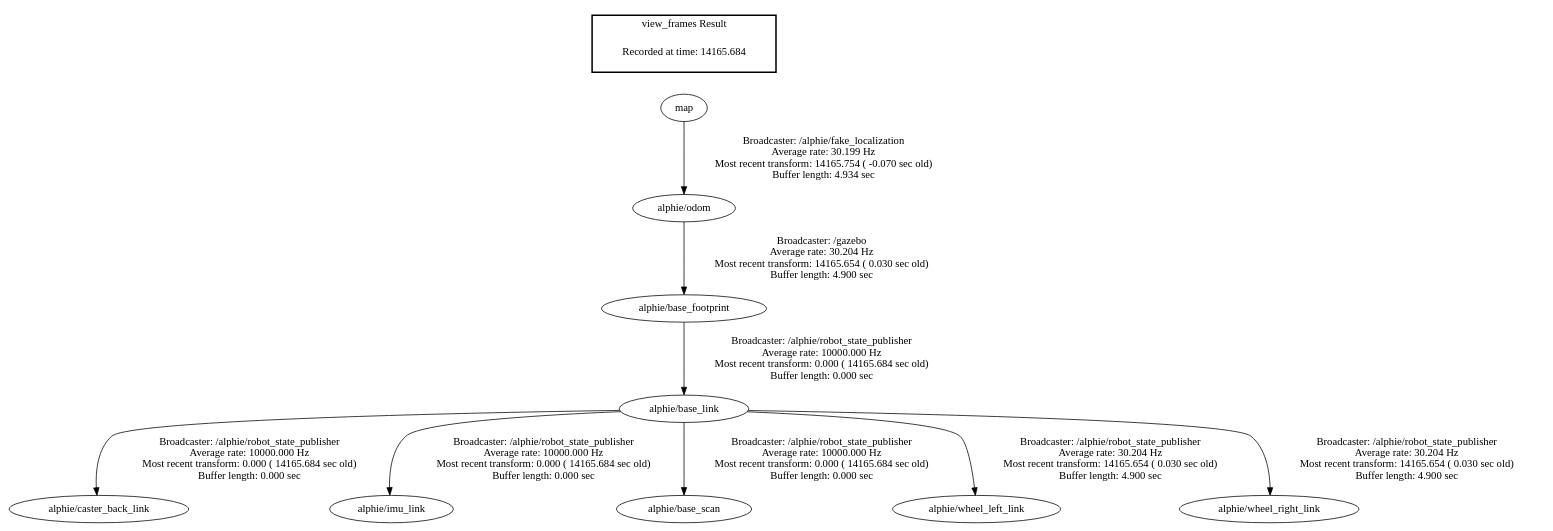
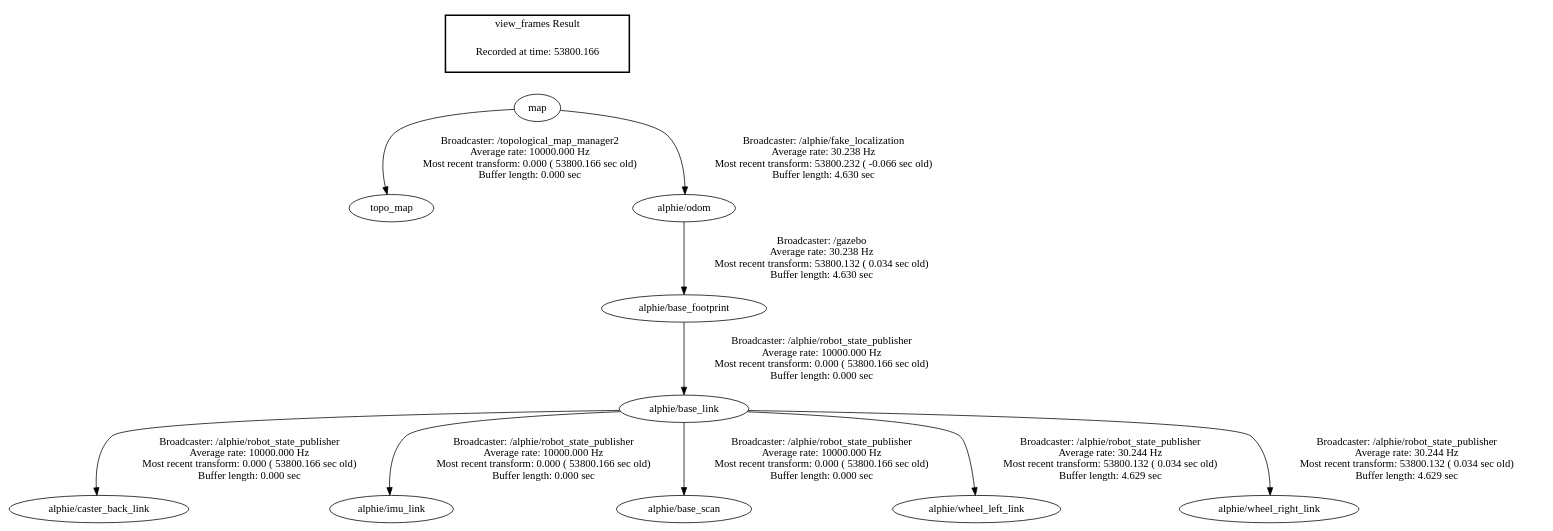
One commit to Iranaphor/DynamicWarehouseGeneration changed the diagram in fleet_interfaces/trolly/tmule/frames.gv. Above: the diagram before and after it, drawn with Graphviz. The commit also changed 18 other files, not shown here.

```diff
--- a/fleet_interfaces/trolly/tmule/frames.gv
+++ b/fleet_interfaces/trolly/tmule/frames.gv
@@ -1,14 +1,15 @@
 digraph G {
-"alphie/base_footprint" -> "alphie/base_link"[label="Broadcaster: /alphie/robot_state_publisher\nAverage rate: 10000.000 Hz\nMost recent transform: 0.000 ( 14165.684 sec old)\nBuffer length: 0.000 sec\n"];
-"alphie/odom" -> "alphie/base_footprint"[label="Broadcaster: /gazebo\nAverage rate: 30.204 Hz\nMost recent transform: 14165.654 ( 0.030 sec old)\nBuffer length: 4.900 sec\n"];
-"alphie/base_link" -> "alphie/caster_back_link"[label="Broadcaster: /alphie/robot_state_publisher\nAverage rate: 10000.000 Hz\nMost recent transform: 0.000 ( 14165.684 sec old)\nBuffer length: 0.000 sec\n"];
-"alphie/base_link" -> "alphie/imu_link"[label="Broadcaster: /alphie/robot_state_publisher\nAverage rate: 10000.000 Hz\nMost recent transform: 0.000 ( 14165.684 sec old)\nBuffer length: 0.000 sec\n"];
-"alphie/base_link" -> "alphie/base_scan"[label="Broadcaster: /alphie/robot_state_publisher\nAverage rate: 10000.000 Hz\nMost recent transform: 0.000 ( 14165.684 sec old)\nBuffer length: 0.000 sec\n"];
-"map" -> "alphie/odom"[label="Broadcaster: /alphie/fake_localization\nAverage rate: 30.199 Hz\nMost recent transform: 14165.754 ( -0.070 sec old)\nBuffer length: 4.934 sec\n"];
-"alphie/base_link" -> "alphie/wheel_left_link"[label="Broadcaster: /alphie/robot_state_publisher\nAverage rate: 30.204 Hz\nMost recent transform: 14165.654 ( 0.030 sec old)\nBuffer length: 4.900 sec\n"];
-"alphie/base_link" -> "alphie/wheel_right_link"[label="Broadcaster: /alphie/robot_state_publisher\nAverage rate: 30.204 Hz\nMost recent transform: 14165.654 ( 0.030 sec old)\nBuffer length: 4.900 sec\n"];
+"map" -> "topo_map"[label="Broadcaster: /topological_map_manager2\nAverage rate: 10000.000 Hz\nMost recent transform: 0.000 ( 53800.166 sec old)\nBuffer length: 0.000 sec\n"];
+"alphie/base_footprint" -> "alphie/base_link"[label="Broadcaster: /alphie/robot_state_publisher\nAverage rate: 10000.000 Hz\nMost recent transform: 0.000 ( 53800.166 sec old)\nBuffer length: 0.000 sec\n"];
+"alphie/odom" -> "alphie/base_footprint"[label="Broadcaster: /gazebo\nAverage rate: 30.238 Hz\nMost recent transform: 53800.132 ( 0.034 sec old)\nBuffer length: 4.630 sec\n"];
+"alphie/base_link" -> "alphie/caster_back_link"[label="Broadcaster: /alphie/robot_state_publisher\nAverage rate: 10000.000 Hz\nMost recent transform: 0.000 ( 53800.166 sec old)\nBuffer length: 0.000 sec\n"];
+"alphie/base_link" -> "alphie/imu_link"[label="Broadcaster: /alphie/robot_state_publisher\nAverage rate: 10000.000 Hz\nMost recent transform: 0.000 ( 53800.166 sec old)\nBuffer length: 0.000 sec\n"];
+"alphie/base_link" -> "alphie/base_scan"[label="Broadcaster: /alphie/robot_state_publisher\nAverage rate: 10000.000 Hz\nMost recent transform: 0.000 ( 53800.166 sec old)\nBuffer length: 0.000 sec\n"];
+"map" -> "alphie/odom"[label="Broadcaster: /alphie/fake_localization\nAverage rate: 30.238 Hz\nMost recent transform: 53800.232 ( -0.066 sec old)\nBuffer length: 4.630 sec\n"];
+"alphie/base_link" -> "alphie/wheel_left_link"[label="Broadcaster: /alphie/robot_state_publisher\nAverage rate: 30.244 Hz\nMost recent transform: 53800.132 ( 0.034 sec old)\nBuffer length: 4.629 sec\n"];
+"alphie/base_link" -> "alphie/wheel_right_link"[label="Broadcaster: /alphie/robot_state_publisher\nAverage rate: 30.244 Hz\nMost recent transform: 53800.132 ( 0.034 sec old)\nBuffer length: 4.629 sec\n"];
 edge [style=invis];
  subgraph cluster_legend { style=bold; color=black; label ="view_frames Result";
-"Recorded at time: 14165.684"[ shape=plaintext ] ;
+"Recorded at time: 53800.166"[ shape=plaintext ] ;
  }->"map";
 }
```
